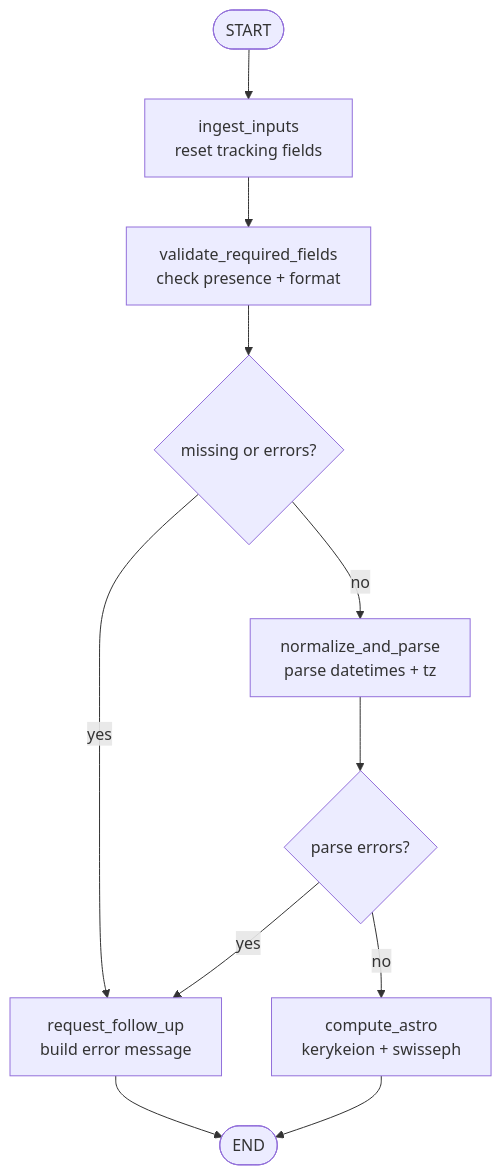
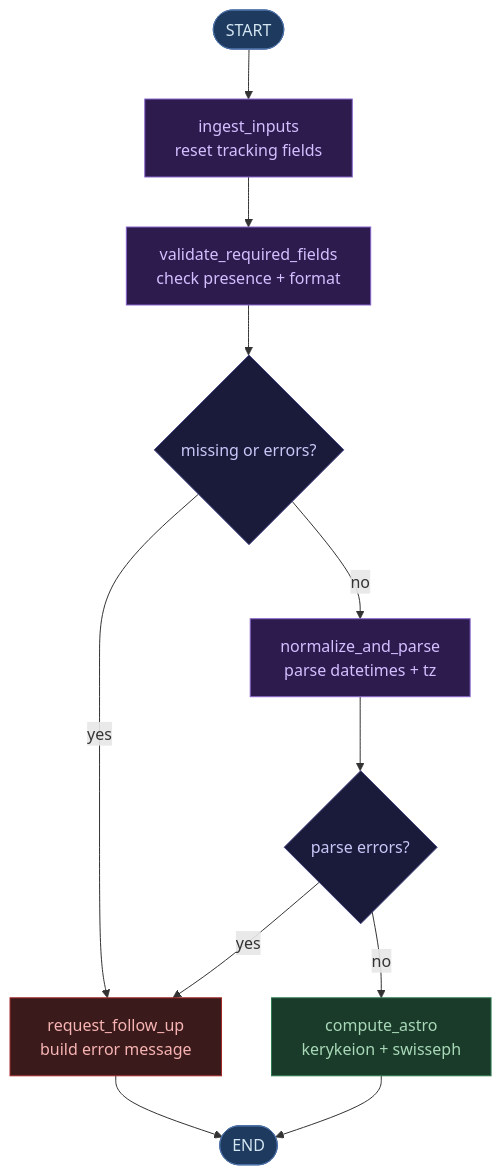
The second of 12 diagrams in Architecture.md (swamyswamynathan123/personalastrologeragent), drawn with Mermaid before and after one commit. The commit also changed other lines of this file, not shown here.

````diff
--- a/Architecture.md
+++ b/Architecture.md
@@ -45,13 +64,24 @@
 ```mermaid
 flowchart TD
-    S([START]) --> A[ingest_inputs\nreset tracking fields]
-    A --> B[validate_required_fields\ncheck presence + format]
-    B --> C{missing or errors?}
-    C -- yes --> D[request_follow_up\nbuild error message]
-    C -- no --> E[normalize_and_parse\nparse datetimes + tz]
-    E --> F{parse errors?}
+    classDef uiNode fill:#1e3a5f,stroke:#4a6fa5,color:#d4e6f1
+    classDef processNode fill:#2d1b4e,stroke:#8866cc,color:#d4bfff
+    classDef errorNode fill:#3a1a1a,stroke:#a52a2a,color:#f8b4b4
+    classDef outputNode fill:#1a3a2a,stroke:#2d7a4f,color:#a8d8b8
+    classDef decisionNode fill:#1a1a3a,stroke:#4a4a8a,color:#c8c8f8
+
+    S([START]):::uiNode
+    A[ingest_inputs\nreset tracking fields]:::processNode
+    B[validate_required_fields\ncheck presence + format]:::processNode
+    C{missing or errors?}:::decisionNode
+    D[request_follow_up\nbuild error message]:::errorNode
+    E[normalize_and_parse\nparse datetimes + tz]:::processNode
+    F{parse errors?}:::decisionNode
+    G[compute_astro\nkerykeion + swisseph]:::outputNode
+    Z([END]):::uiNode
+
+    S --> A --> B --> C
+    C -- yes --> D --> Z
+    C -- no --> E --> F
     F -- yes --> D
-    F -- no --> G[compute_astro\nkerykeion + swisseph]
-    D --> Z([END])
-    G --> Z
+    F -- no --> G --> Z
 ```
````
